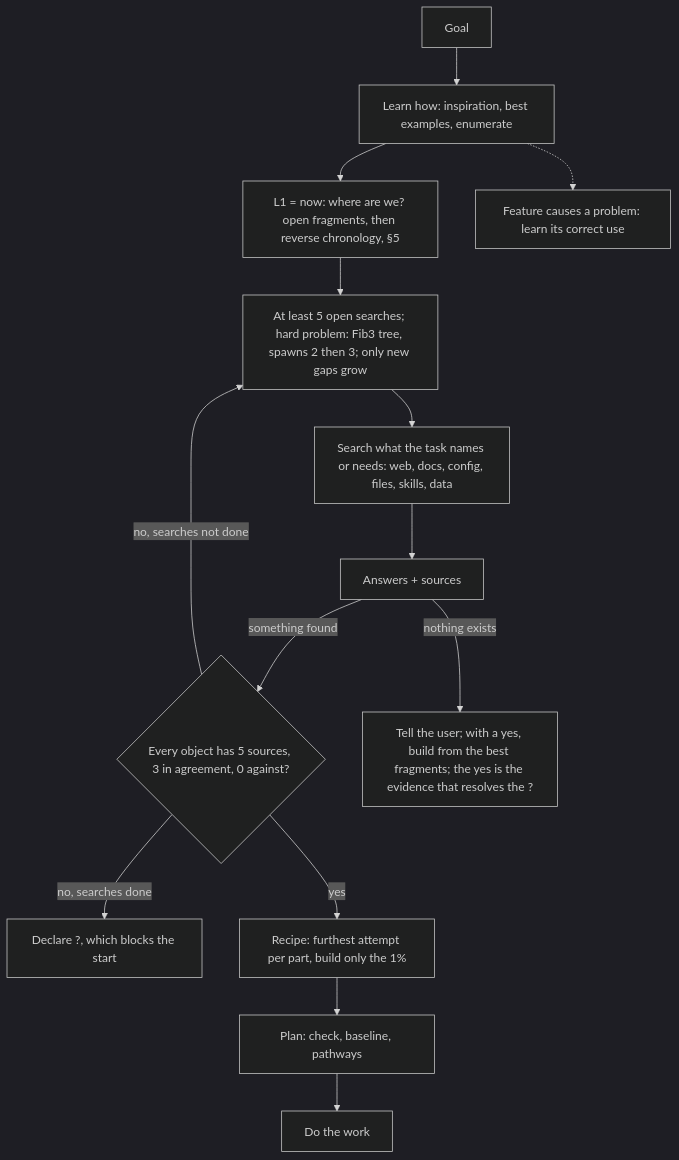
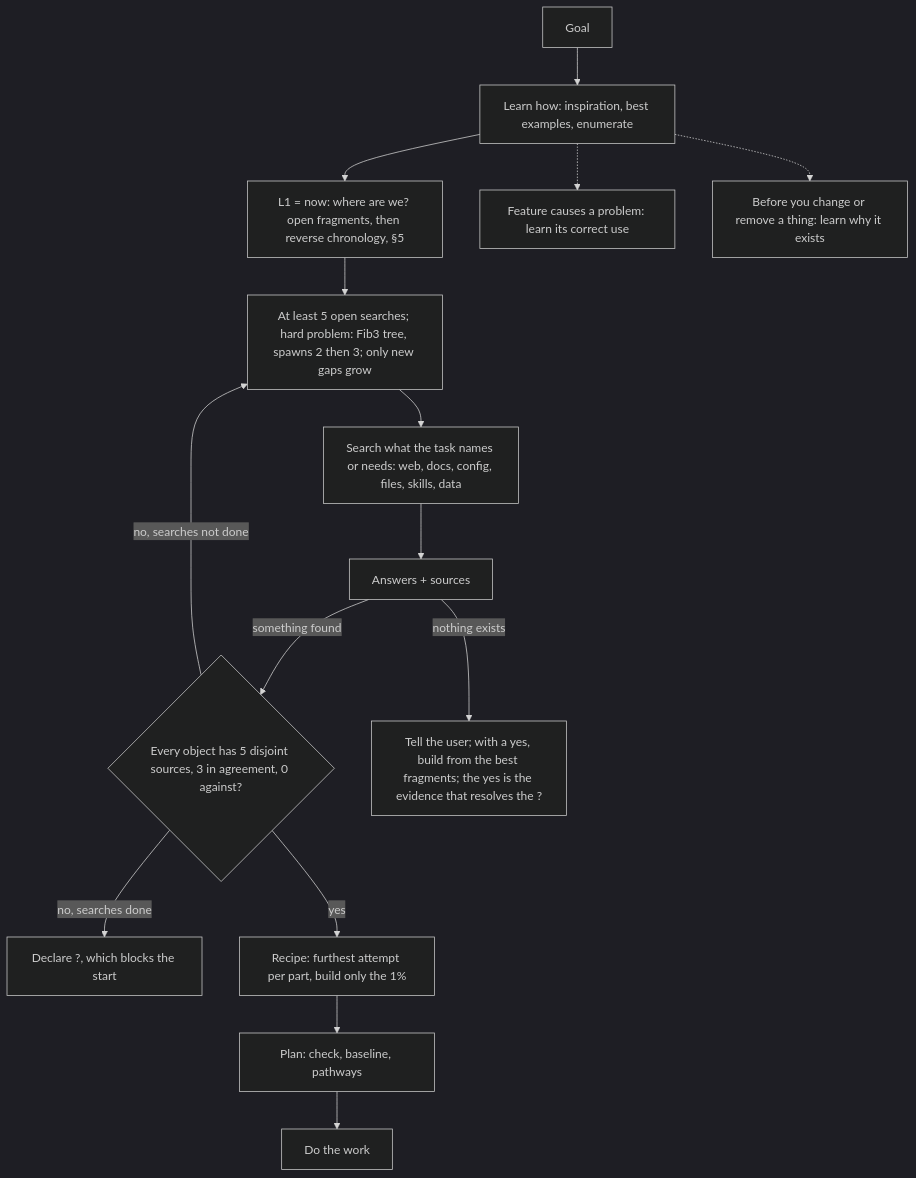
The fourth of 14 diagrams in AGENTS.md (SolenixAI/arbiter), drawn with Mermaid (dark theme) before and after one commit. The commit also changed other lines of this file, not shown here.

````diff
--- a/AGENTS.md
+++ b/AGENTS.md
@@ -190,10 +194,11 @@
 ```mermaid
 flowchart TD
   G[Goal] --> L[Learn how: inspiration, best examples, enumerate] --> F1["L1 = now: where are we? open fragments, then reverse chronology, §5"] --> Q["At least 5 open searches; hard problem: Fib3 tree, spawns 2 then 3; only new gaps grow"] --> S[Search what the task names or needs: web, docs, config, files, skills, data]
-  S --> A[Answers + sources] -->|something found| N{Every object has 5 sources, 3 in agreement, 0 against?}
+  S --> A[Answers + sources] -->|something found| N{Every object has 5 disjoint sources, 3 in agreement, 0 against?}
   N -->|no, searches not done| Q
   N -->|no, searches done| X3["Declare ?, which blocks the start"]
   N -->|yes| R[Recipe: furthest attempt per part, build only the 1%] --> P[Plan: check, baseline, pathways] --> B[Do the work]
   A -->|nothing exists| U["Tell the user; with a yes, build from the best fragments; the yes is the evidence that resolves the ?"]
   L -.-> NB[Feature causes a problem: learn its correct use]
+  L -.-> CF[Before you change or remove a thing: learn why it exists]
 ```
````
